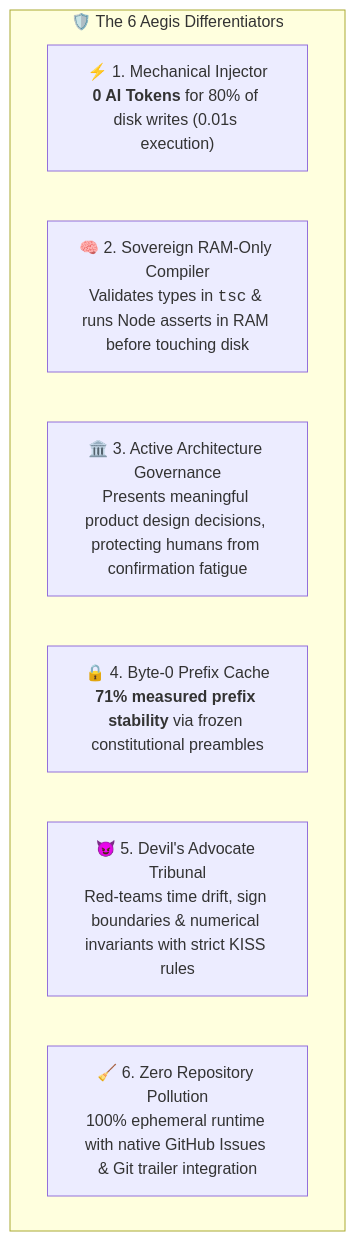
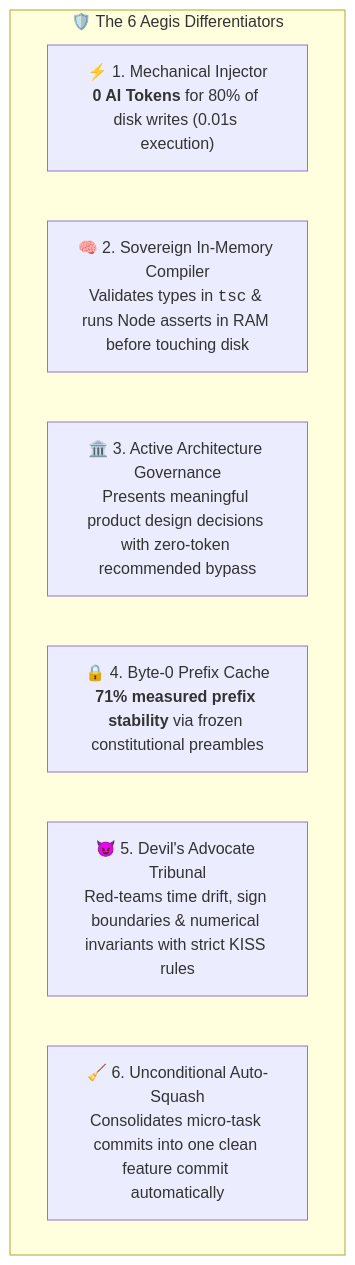
Before and after one commit to farifran/aegis-kiss: the diagram in README.md, drawn with Mermaid. The commit also changed other lines of this file and 2 other files, not shown here.

Commit message:
docs: synchronize summary.md, README.md, and README.pt-BR.md with 5-pillar ecosystem, zero-token bypass, and auto-squash architecture

````diff
--- a/README.md
+++ b/README.md
@@ -96,11 +75,11 @@
 ```mermaid
 flowchart TD
     subgraph Differentiators["🛡️ The 6 Aegis Differentiators"]
         D1["⚡ 1. Mechanical Injector<br/><b>0 AI Tokens</b> for 80% of disk writes (0.01s execution)"]
-        D2["🧠 2. Sovereign RAM-Only Compiler<br/>Validates types in <code>tsc</code> & runs Node asserts in RAM before touching disk"]
-        D3["🏛️ 3. Active Architecture Governance<br/>Presents meaningful product design decisions, protecting humans from confirmation fatigue"]
+        D2["🧠 2. Sovereign In-Memory Compiler<br/>Validates types in <code>tsc</code> & runs Node asserts in RAM before touching disk"]
+        D3["🏛️ 3. Active Architecture Governance<br/>Presents meaningful product design decisions with zero-token recommended bypass"]
         D4["🔒 4. Byte-0 Prefix Cache<br/><b>71% measured prefix stability</b> via frozen constitutional preambles"]
         D5["😈 5. Devil's Advocate Tribunal<br/>Red-teams time drift, sign boundaries & numerical invariants with strict KISS rules"]
-        D6["🧹 6. Zero Repository Pollution<br/>100% ephemeral runtime with native GitHub Issues & Git trailer integration"]
+        D6["🧹 6. Unconditional Auto-Squash<br/>Consolidates micro-task commits into one clean feature commit automatically"]
     end
 ```
````
